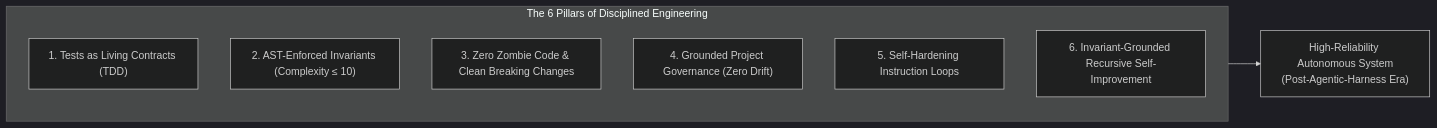
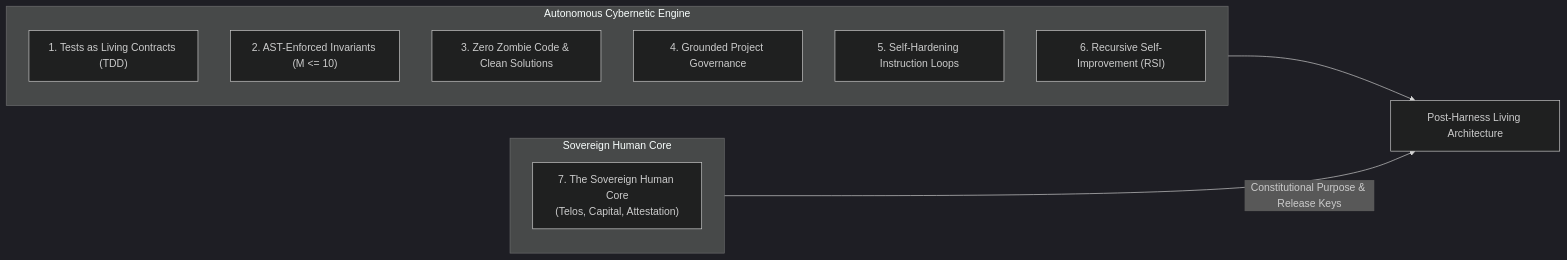
One commit to dan-petty/vibes changed the diagram in docs/MANIFESTO.md. Above: the diagram before and after it, drawn with Mermaid (dark theme). The commit also changed other lines of this file and 4 other files, not shown here.

Commit message:
feat(docs): reshape project context around Sovereign Human Core and 7th Manifesto Pillar (#83)

````diff
--- a/docs/MANIFESTO.md
+++ b/docs/MANIFESTO.md
@@ -25,14 +30,20 @@
 ```mermaid
 flowchart LR
-    subgraph Pillars ["The 6 Pillars of Disciplined Engineering"]
+    subgraph Autonomy ["Autonomous Cybernetic Engine"]
         direction TB
         P1["1. Tests as Living Contracts (TDD)"]
-        P2["2. AST-Enforced Invariants (Complexity &le; 10)"]
-        P3["3. Zero Zombie Code & Clean Breaking Changes"]
-        P4["4. Grounded Project Governance (Zero Drift)"]
+        P2["2. AST-Enforced Invariants (M <= 10)"]
+        P3["3. Zero Zombie Code & Clean Solutions"]
+        P4["4. Grounded Project Governance"]
         P5["5. Self-Hardening Instruction Loops"]
-        P6["6. Invariant-Grounded Recursive Self-Improvement"]
+        P6["6. Recursive Self-Improvement (RSI)"]
     end
 
-    Pillars --> Scaffold["High-Reliability Autonomous System<br/>(Post-Agentic-Harness Era)"]
+    subgraph Sovereign ["Sovereign Human Core"]
+        direction TB
+        P7["7. The Sovereign Human Core<br/>(Telos, Capital, Attestation)"]
+    end
+
+    Autonomy --> Scaffold["Post-Harness Living Architecture"]
+    Sovereign -->|"Constitutional Purpose & Release Keys"| Scaffold
 ```
````
